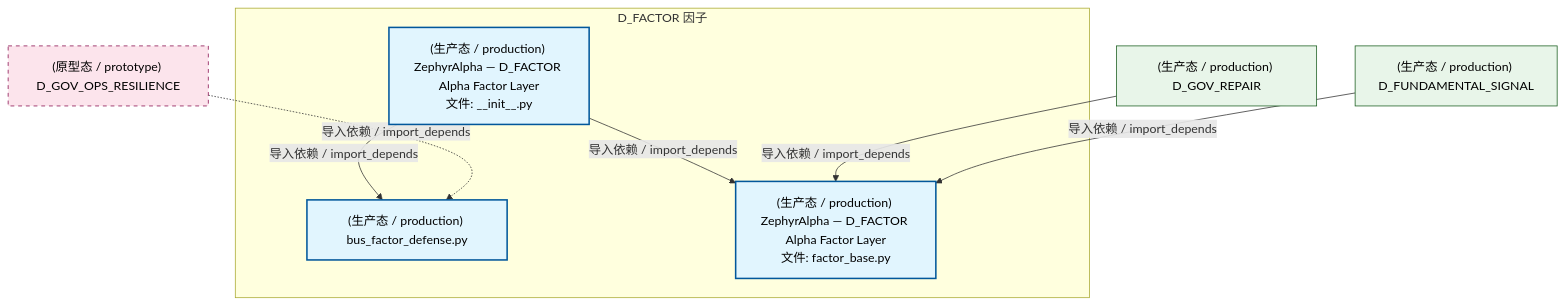
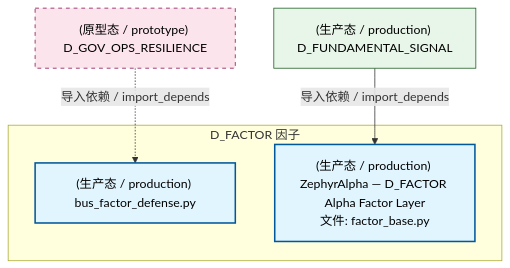
One commit to xuanFelixVan/ZephyrAlpha changed the second of 4 diagrams in docs/02_enterprise_architecture/02_domain_architecture_docs/36_d_factor.md. Above: the diagram before and after it, drawn with Mermaid. The commit also changed other lines of this file and 126 other files, not shown here.

````diff
--- a/docs/02_enterprise_architecture/02_domain_architecture_docs/36_d_factor.md
+++ b/docs/02_enterprise_architecture/02_domain_architecture_docs/36_d_factor.md
@@ -114,23 +108,18 @@
 ```mermaid
 graph TD
     subgraph D_FACTOR["D_FACTOR 因子"]
-        src_zephyr_factor_init_py["(生产态 / production) ZephyrAlpha — D_FACTOR Alpha Factor Layer<br/>文件: __init__.py"]
         src_zephyr_factor_bus_factor_defense_py["(生产态 / production) bus_factor_defense.py"]
         src_zephyr_factor_factor_base_py["(生产态 / production) ZephyrAlpha — D_FACTOR Alpha Factor Layer<br/>文件: factor_base.py"]
     end
-    src_zephyr_factor_init_py -->|导入依赖 / import_depends| src_zephyr_factor_factor_base_py
-    src_zephyr_factor_init_py -->|导入依赖 / import_depends| src_zephyr_factor_bus_factor_defense_py
-    D_GOV_REPAIR["(生产态 / production) D_GOV_REPAIR"]
-    D_GOV_REPAIR -->|导入依赖 / import_depends| src_zephyr_factor_factor_base_py
     D_FUNDAMENTAL_SIGNAL["(生产态 / production) D_FUNDAMENTAL_SIGNAL"]
     D_FUNDAMENTAL_SIGNAL -->|导入依赖 / import_depends| src_zephyr_factor_factor_base_py
     D_GOV_OPS_RESILIENCE["(原型态 / prototype) D_GOV_OPS_RESILIENCE"]
     D_GOV_OPS_RESILIENCE -.->|导入依赖 / import_depends| src_zephyr_factor_bus_factor_defense_py
     classDef production fill:#e1f5fe,stroke:#01579b,stroke-width:2px,color:#000
     classDef design fill:#fff3e0,stroke:#e65100,stroke-width:2px,color:#000,stroke-dasharray: 5 5
     classDef external_prod fill:#e8f5e9,stroke:#1b5e20,stroke-width:1px,color:#000
     classDef external_design fill:#fce4ec,stroke:#880e4f,stroke-width:1px,color:#000,stroke-dasharray: 5 5
-    class src_zephyr_factor_init_py,src_zephyr_factor_bus_factor_defense_py,src_zephyr_factor_factor_base_py production
-    class D_GOV_REPAIR,D_FUNDAMENTAL_SIGNAL external_prod
+    class src_zephyr_factor_bus_factor_defense_py,src_zephyr_factor_factor_base_py production
+    class D_FUNDAMENTAL_SIGNAL external_prod
     class D_GOV_OPS_RESILIENCE external_design
 ```
````
